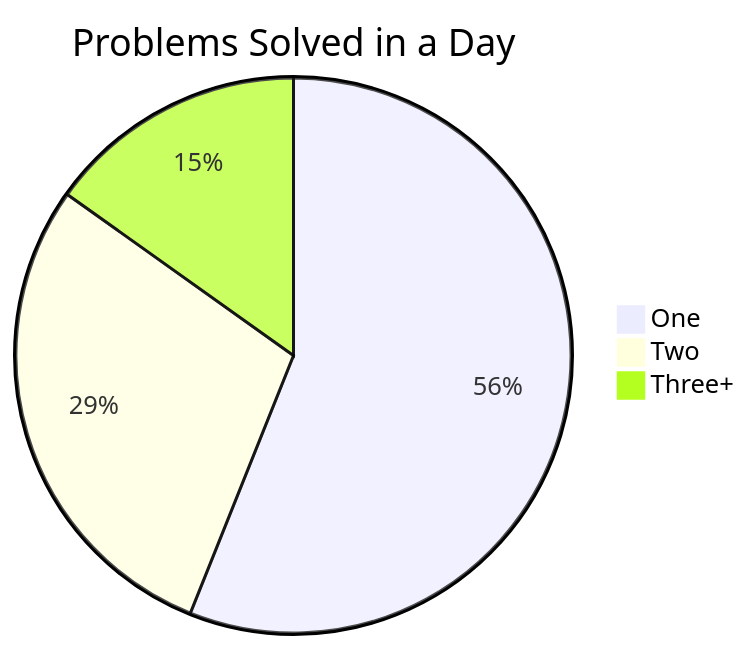
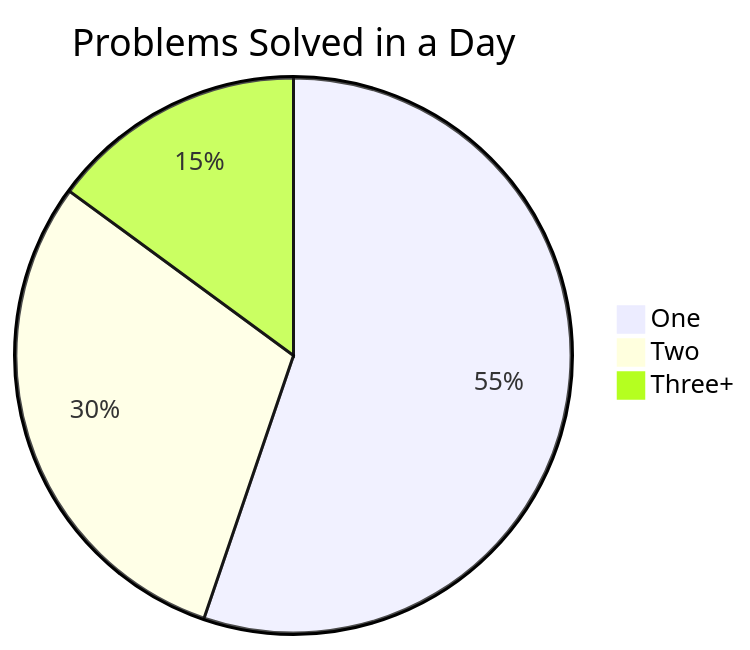
Before and after one commit to Jasjeet-Singh-S/100-days-DSA: the second of 2 diagrams in readme.md, drawn with Mermaid. The commit also changed other lines of this file and 2 other files, not shown here.

````diff
--- a/readme.md
+++ b/readme.md
@@ -25,6 +25,6 @@
 ```mermaid
 pie title Problems Solved in a Day
     "One" : 37
-    "Two" : 19
+    "Two" : 20
     "Three+" : 10
 ```
````
